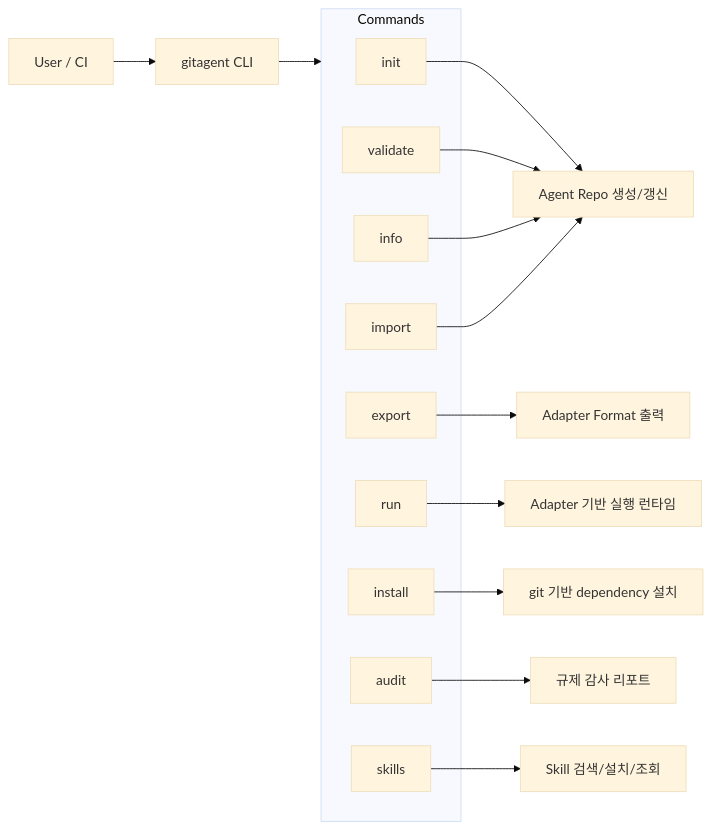
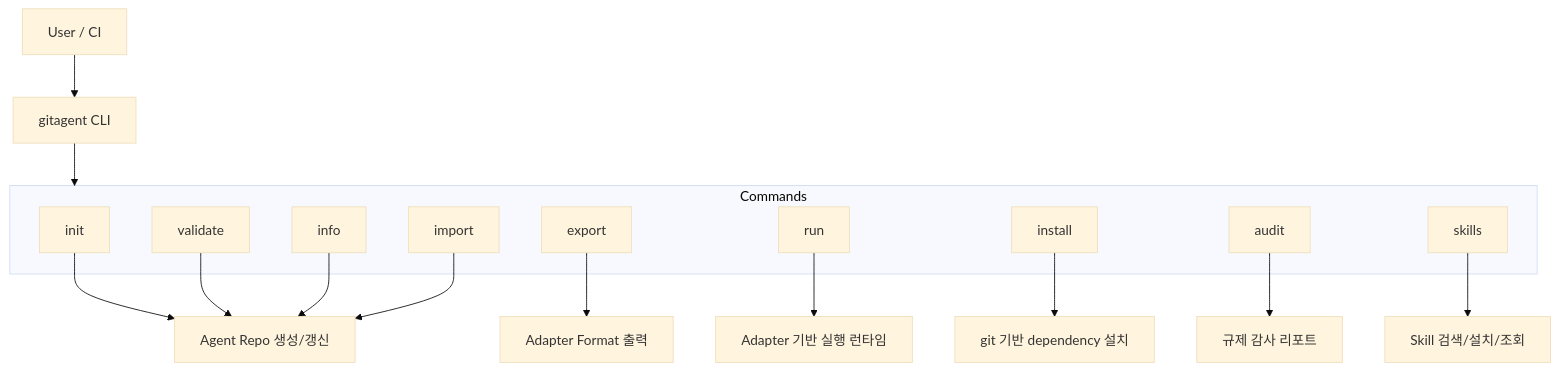
Before and after one commit to kimchanhyung98/agentic-workflows: the second of 5 diagrams in gitagent/00-diagram.md, drawn with Mermaid (base theme). The commit also changed 2 other files, not shown here.

Commit message:
docs: refine GitAgent docs formatting and structure
Agent-Logs-Url: https://github.com/kimchanhyung98/agentic-workflows/sessions/43f58e7d-b700-4041-af44-998fc6114c14

````diff
--- a/gitagent/00-diagram.md
+++ b/gitagent/00-diagram.md
@@ -50,28 +50,28 @@
 ```mermaid
-flowchart LR
+flowchart TD
     USER["User / CI"] --> CLI["gitagent CLI"]
 
     subgraph COMMANDS["Commands"]
         INIT["init"]
         VAL["validate"]
         INFO["info"]
         EXP["export"]
         IMP["import"]
         RUN["run"]
         INS["install"]
         AUD["audit"]
         SKILL["skills"]
     end
 
     CLI --> COMMANDS
 
     INIT --> REPO["Agent Repo 생성/갱신"]
     VAL --> REPO
     INFO --> REPO
     EXP --> OUT["Adapter Format 출력"]
     IMP --> REPO
     RUN --> RUNTIME["Adapter 기반 실행 런타임"]
     INS --> DEP["git 기반 dependency 설치"]
     AUD --> REPORT["규제 감사 리포트"]
     SKILL --> SKREG["Skill 검색/설치/조회"]
 ```
````
